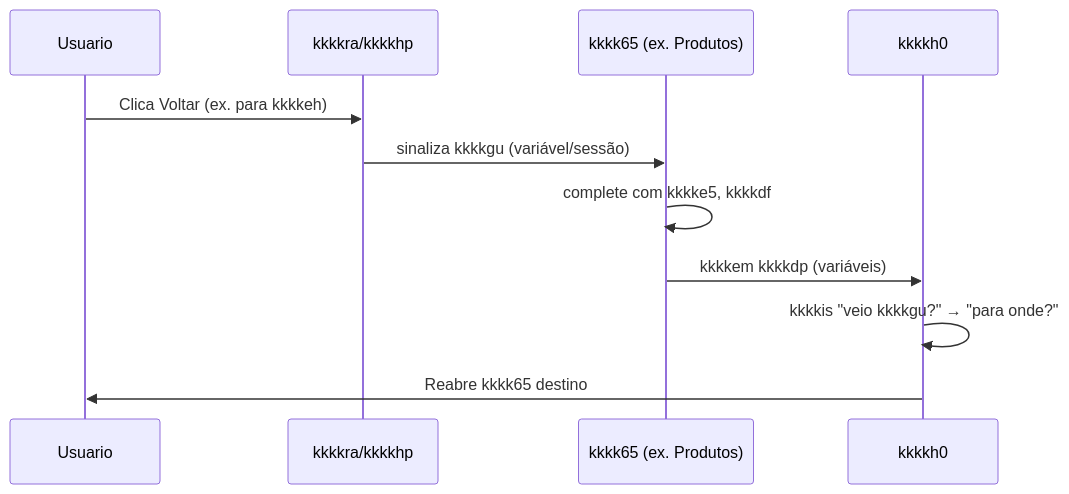
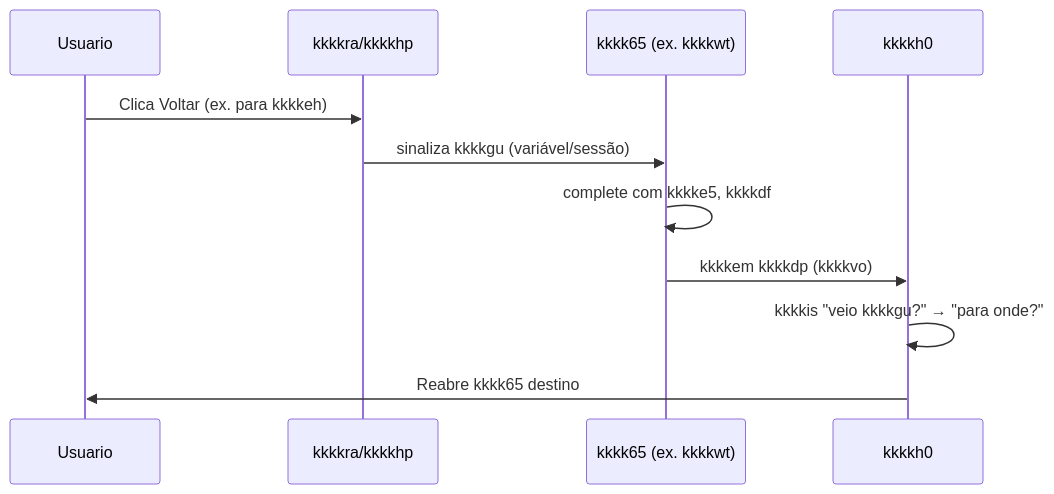
The diagram in Java/Def11.md (fabaodevudi/outros-codigos), drawn with Mermaid before and after one commit. The commit also changed other lines of this file, not shown here.

````diff
--- a/Java/Def11.md
+++ b/Java/Def11.md
@@ -42,14 +42,14 @@
 ```mermaid
 sequenceDiagram
   participant U as Usuario
   participant kkkkhp as kkkkra/kkkkhp
-  participant Filho as kkkk65 (ex. Produtos)
+  participant Filho as kkkk65 (ex. kkkkwt)
   participant kkkkh0 as kkkkh0
 
   U->>kkkkhp: Clica Voltar (ex. para kkkkeh)
   kkkkhp->>Filho: sinaliza kkkkgu (variável/sessão)
   Filho->>Filho: complete com kkkke5, kkkkdf
-  Filho->>kkkkh0: kkkkem kkkkdp (variáveis)
+  Filho->>kkkkh0: kkkkem kkkkdp (kkkkvo)
   kkkkh0->>kkkkh0: kkkkis "veio kkkkgu?" → "para onde?"
   kkkkh0->>U: Reabre kkkk65 destino
 ```
````
